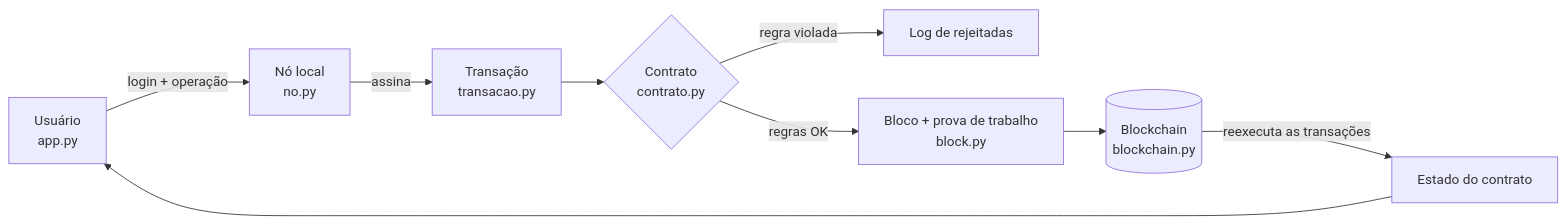
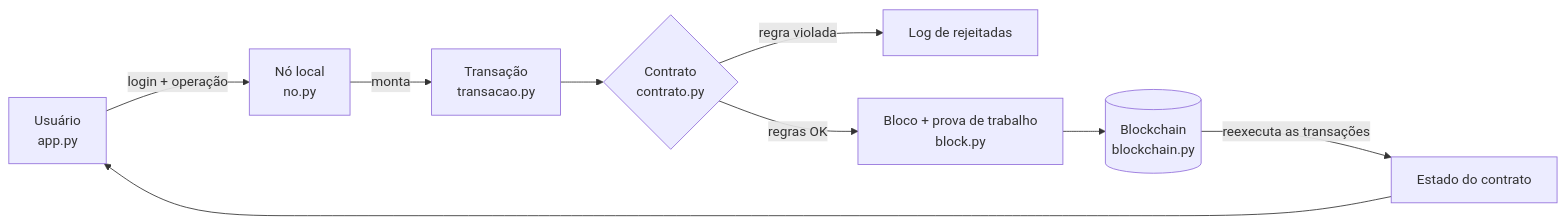
The diagram in README.md (lucassmaciel/projeto1_blockchain), drawn with Mermaid before and after one commit. The commit also changed other lines of this file, not shown here.

Commit message:
docs: README sem assinatura digital e sem nonce de transação

````diff
--- a/README.md
+++ b/README.md
@@ -23,11 +23,11 @@
 ```mermaid
 flowchart LR
     U[Usuário<br/>app.py] -->|login + operação| N[Nó local<br/>no.py]
-    N -->|assina| T[Transação<br/>transacao.py]
+    N -->|monta| T[Transação<br/>transacao.py]
     T --> C{Contrato<br/>contrato.py}
     C -->|regra violada| R[Log de rejeitadas]
     C -->|regras OK| M[Bloco + prova de trabalho<br/>block.py]
     M --> B[(Blockchain<br/>blockchain.py)]
     B -->|reexecuta as transações| E[Estado do contrato]
     E --> U
 ```
````
